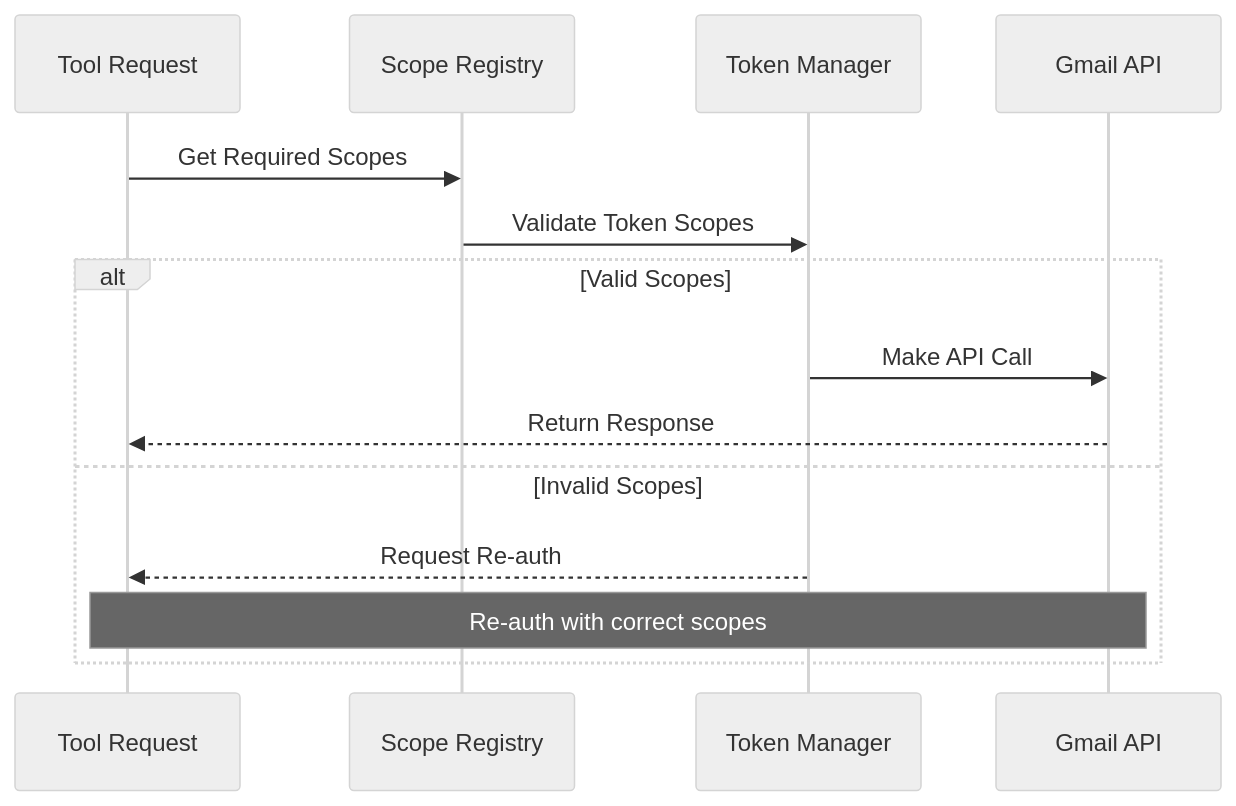
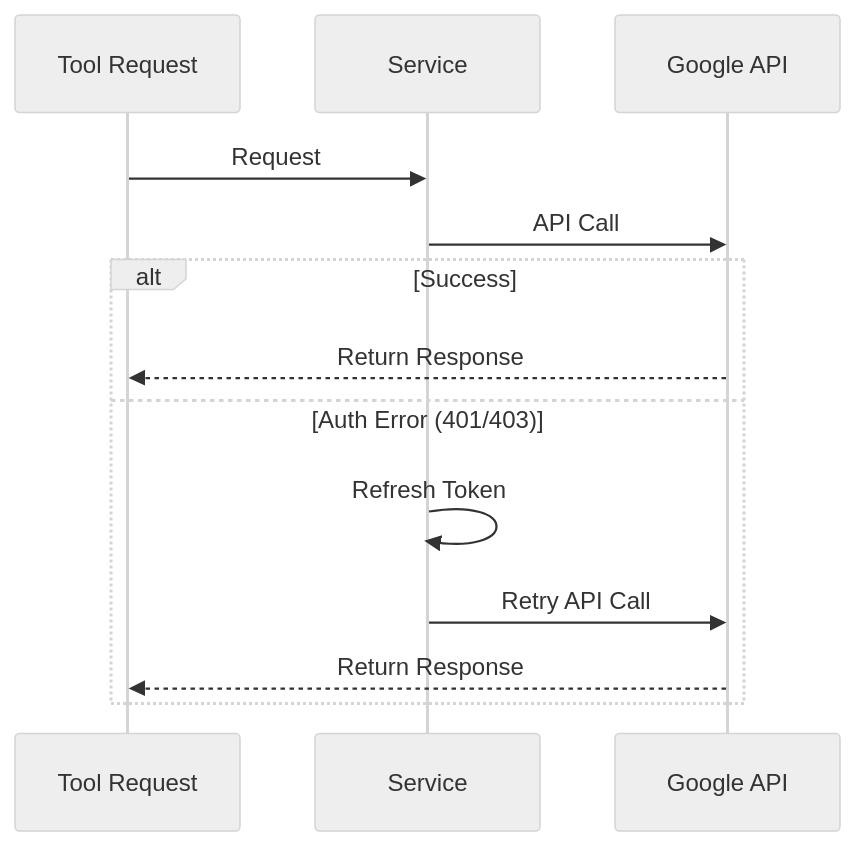
The second of 3 diagrams in ARCHITECTURE.md (superstrong/google-workspace-mcp), drawn with Mermaid (neutral theme) before and after one commit. The commit also changed other lines of this file and 10 other files, not shown here.

First line of the commit message:
Simplify auth scope handling

````diff
--- a/ARCHITECTURE.md
+++ b/ARCHITECTURE.md
@@ -63,17 +62,16 @@
 ```mermaid
 sequenceDiagram
     participant TR as Tool Request
-    participant SR as Scope Registry
-    participant TM as Token Manager
-    participant GA as Gmail API
+    participant S as Service
+    participant API as Google API
 
-    TR->>SR: Get Required Scopes
-    SR->>TM: Validate Token Scopes
-    alt Valid Scopes
-        TM->>GA: Make API Call
-        GA-->>TR: Return Response
-    else Invalid Scopes
-        TM-->>TR: Request Re-auth
-        Note over TR,GA: Re-auth with correct scopes
+    TR->>S: Request
+    S->>API: API Call
+    alt Success
+        API-->>TR: Return Response
+    else Auth Error (401/403)
+        S->>S: Refresh Token
+        S->>API: Retry API Call
+        API-->>TR: Return Response
     end
 ```
````
